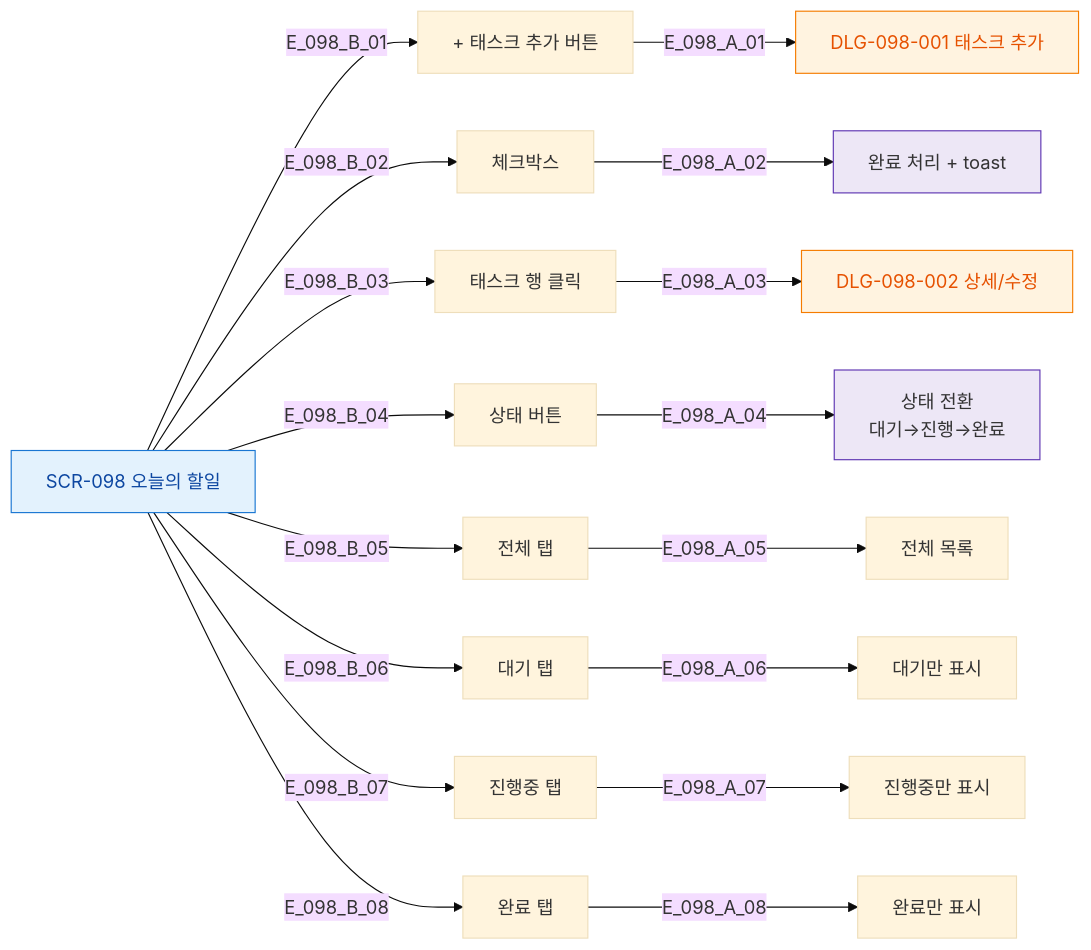
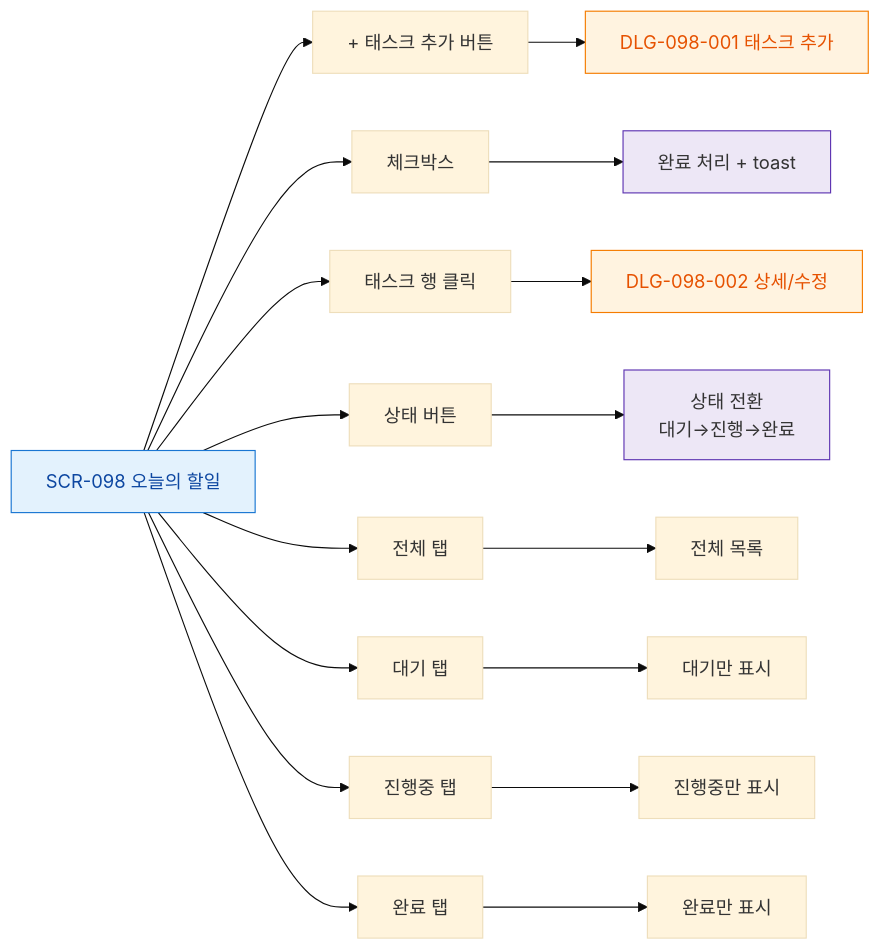
The diagram in docs/다이어그램/D10_본사관리/SCR-098_오늘의할일/F3_버튼액션.md (dev-spogym/admin-pando), drawn with Mermaid (base theme) before and after one commit. The commit also changed other lines of this file and 1660 other files, not shown here.

First line of the commit message:
다이어그램: 기획자/클라이언트 납품본으로 정리

````diff
--- a/docs/다이어그램/D10_본사관리/SCR-098_오늘의할일/F3_버튼액션.md
+++ b/docs/다이어그램/D10_본사관리/SCR-098_오늘의할일/F3_버튼액션.md
@@ -14,30 +12,30 @@
 ```mermaid
 flowchart LR
   SCR_098[SCR-098 오늘의 할일]
 
-  SCR_098 -->|E_098_B_01| BTN_ADD[+ 태스크 추가 버튼]
-  SCR_098 -->|E_098_B_02| BTN_CHECK[체크박스]
-  SCR_098 -->|E_098_B_03| BTN_ROW[태스크 행 클릭]
-  SCR_098 -->|E_098_B_04| BTN_STATUS[상태 버튼]
-  SCR_098 -->|E_098_B_05| BTN_TAB_ALL[전체 탭]
-  SCR_098 -->|E_098_B_06| BTN_TAB_PENDING[대기 탭]
-  SCR_098 -->|E_098_B_07| BTN_TAB_PROG[진행중 탭]
-  SCR_098 -->|E_098_B_08| BTN_TAB_DONE[완료 탭]
+  SCR_098 --> BTN_ADD[+ 태스크 추가 버튼]
+  SCR_098 --> BTN_CHECK[체크박스]
+  SCR_098 --> BTN_ROW[태스크 행 클릭]
+  SCR_098 --> BTN_STATUS[상태 버튼]
+  SCR_098 --> BTN_TAB_ALL[전체 탭]
+  SCR_098 --> BTN_TAB_PENDING[대기 탭]
+  SCR_098 --> BTN_TAB_PROG[진행중 탭]
+  SCR_098 --> BTN_TAB_DONE[완료 탭]
 
-  BTN_ADD -->|E_098_A_01| DLG_001[DLG-098-001 태스크 추가]
-  BTN_CHECK -->|E_098_A_02| ACT_COMPLETE[완료 처리 + toast]
-  BTN_ROW -->|E_098_A_03| DLG_002[DLG-098-002 상세/수정]
-  BTN_STATUS -->|E_098_A_04| ACT_STATUS[상태 전환\n대기→진행→완료]
-  BTN_TAB_ALL -->|E_098_A_05| ACT_TAB_ALL[전체 목록]
-  BTN_TAB_PENDING -->|E_098_A_06| ACT_TAB_PENDING[대기만 표시]
-  BTN_TAB_PROG -->|E_098_A_07| ACT_TAB_PROG[진행중만 표시]
-  BTN_TAB_DONE -->|E_098_A_08| ACT_TAB_DONE[완료만 표시]
+  BTN_ADD --> DLG_001[DLG-098-001 태스크 추가]
+  BTN_CHECK --> ACT_COMPLETE[완료 처리 + toast]
+  BTN_ROW --> DLG_002[DLG-098-002 상세/수정]
+  BTN_STATUS --> ACT_STATUS[상태 전환\n대기→진행→완료]
+  BTN_TAB_ALL --> ACT_TAB_ALL[전체 목록]
+  BTN_TAB_PENDING --> ACT_TAB_PENDING[대기만 표시]
+  BTN_TAB_PROG --> ACT_TAB_PROG[진행중만 표시]
+  BTN_TAB_DONE --> ACT_TAB_DONE[완료만 표시]
 
   classDef screen fill:#E3F2FD,stroke:#1976D2,color:#0D47A1
   classDef modal fill:#FFF3E0,stroke:#F57C00,color:#E65100
   classDef system fill:#EDE7F6,stroke:#5E35B2
 
   class SCR_098 screen
   class DLG_001,DLG_002 modal
   class ACT_COMPLETE,ACT_STATUS system
 ```
````
